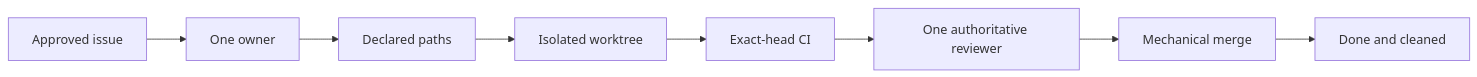
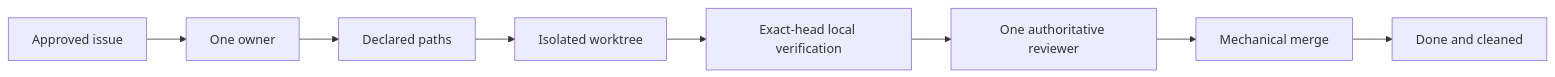
One commit to gillella/Aru_Agentic_SDLC changed the first of 5 diagrams in docs/OPERATIONS.md. Above: the diagram before and after it, drawn with Mermaid. The commit also changed other lines of this file and 27 other files, not shown here.

````diff
--- a/docs/OPERATIONS.md
+++ b/docs/OPERATIONS.md
@@ -42,10 +42,10 @@
 ```mermaid
 flowchart LR
     APPROVED[Approved issue] --> OWNED[One owner]
     OWNED --> BOUNDED[Declared paths]
     BOUNDED --> ISOLATED[Isolated worktree]
-    ISOLATED --> VERIFIED[Exact-head CI]
+    ISOLATED --> VERIFIED[Exact-head local verification]
     VERIFIED --> REVIEWED[One authoritative reviewer]
     REVIEWED --> MERGED[Mechanical merge]
     MERGED --> CLOSED[Done and cleaned]
 ```
````
